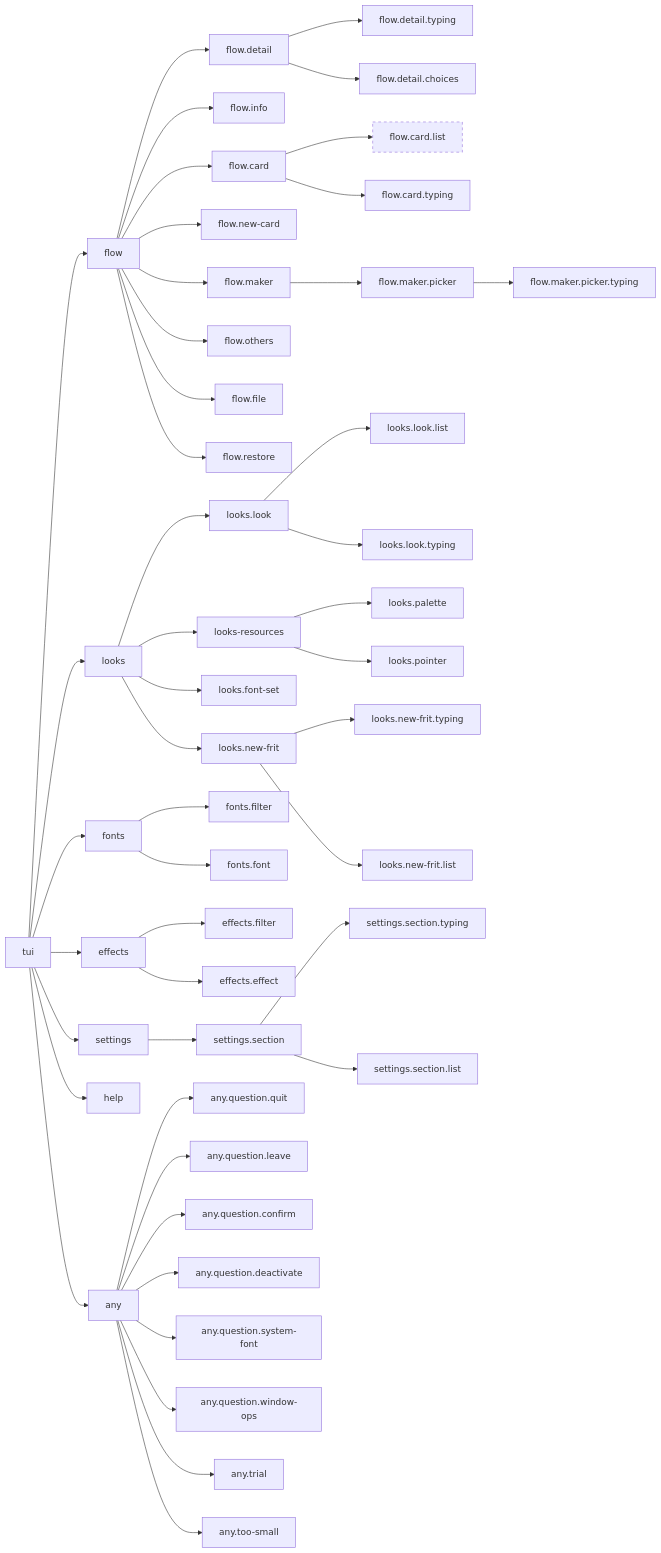
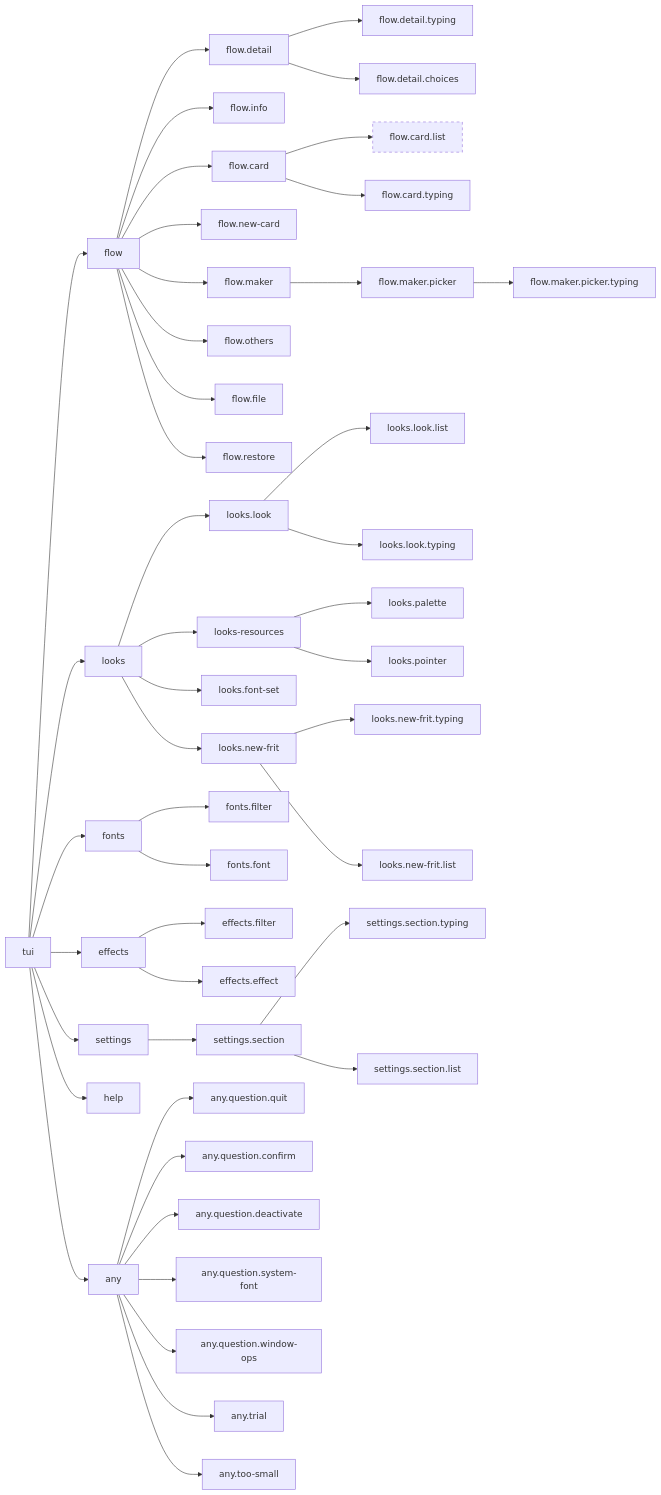
The diagram in docs/reference/vtium-config-keys.md (vtium/vtium), drawn with Mermaid before and after one commit. The commit also changed other lines of this file and 1 other file, not shown here.

Commit message:
docs(vtium-config): regenerate the key help and the keys page without the leave question

```diff
--- a/docs/reference/vtium-config-keys.md
+++ b/docs/reference/vtium-config-keys.md
@@ -48,7 +48,6 @@
     help["help"]
     any["any"]
     any_question_quit["any.question.quit"]
-    any_question_leave["any.question.leave"]
     any_question_confirm["any.question.confirm"]
     any_question_deactivate["any.question.deactivate"]
     any_question_system_font["any.question.system-font"]
@@ -94,7 +93,6 @@
     tui --> help
     tui --> any
     any --> any_question_quit
-    any --> any_question_leave
     any --> any_question_confirm
     any --> any_question_deactivate
     any --> any_question_system_font
```
